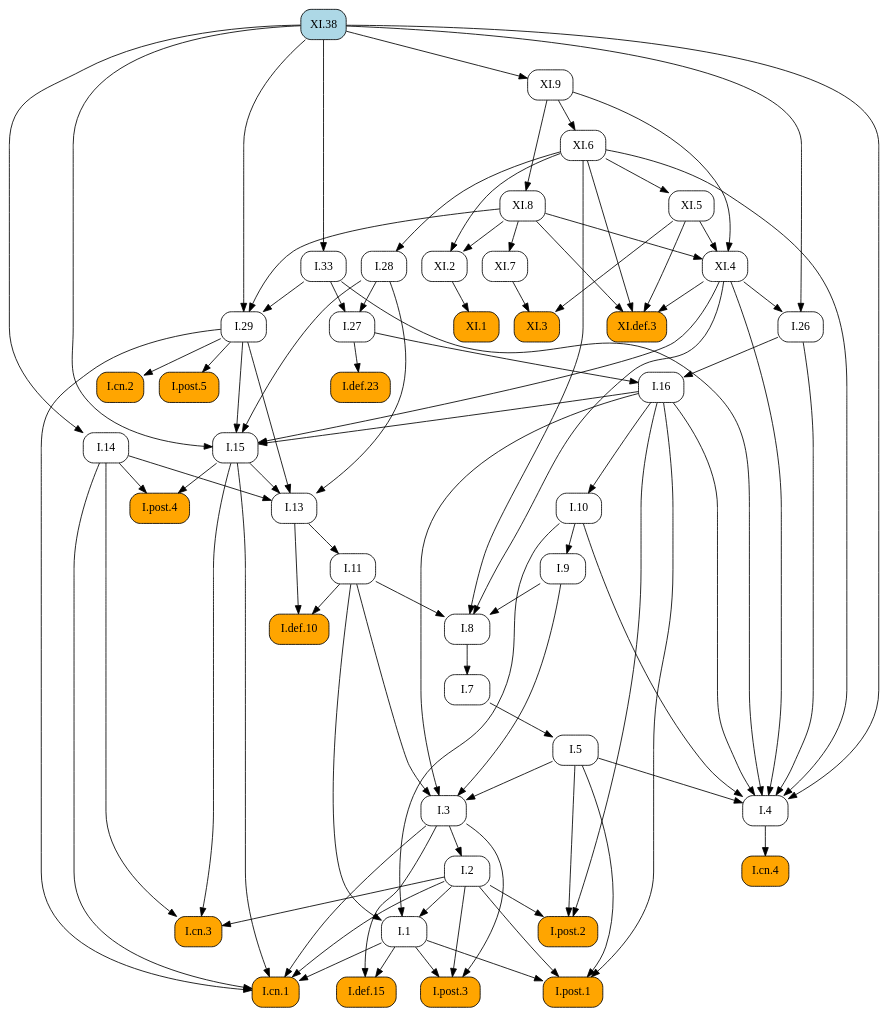
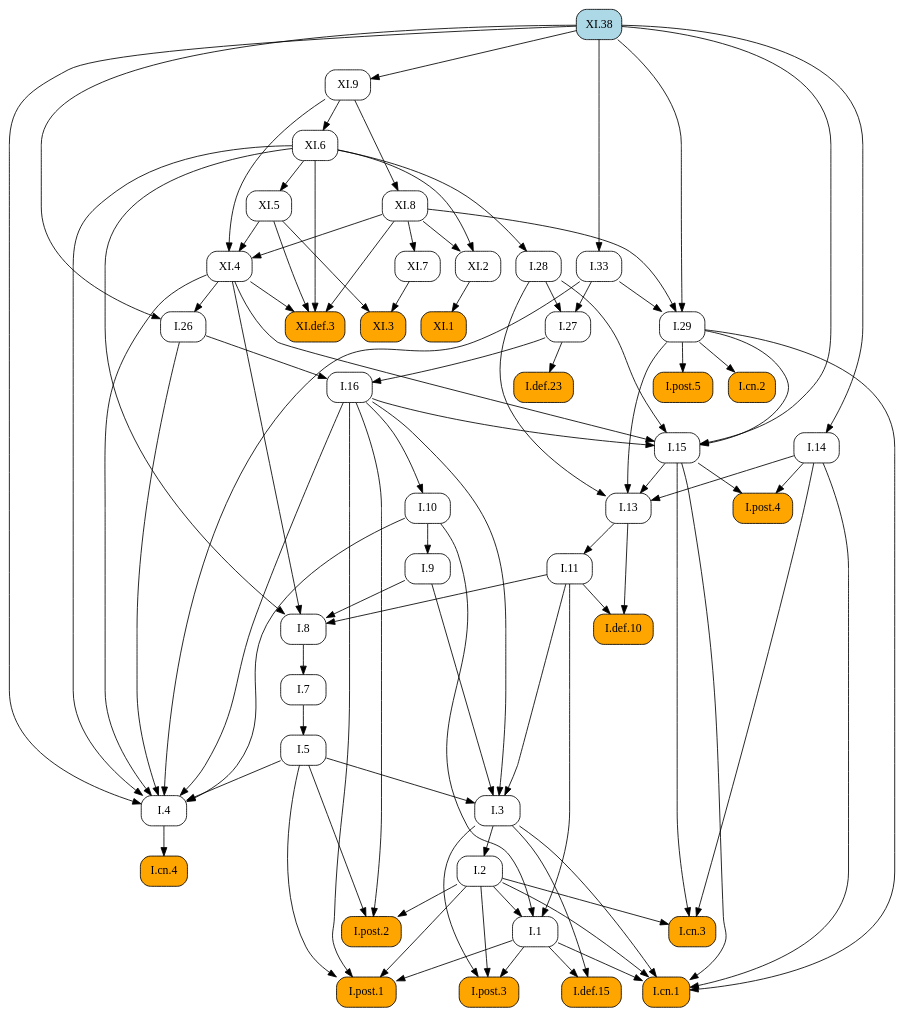
The diagram in docsrc/heath/XI/38/index.rst (geometor/elements), drawn with Graphviz before and after one commit. The commit also changed other lines of this file and 484 other files, not shown here.

```diff
--- a/docsrc/heath/XI/38/index.rst
+++ b/docsrc/heath/XI/38/index.rst
@@ -51,102 +51,96 @@
    digraph {
      rankdir="TB";
      node [shape=box, style=rounded];
+     "I.9" [URL="/heath/I/9/", target="_top"];
+     "I.33" [URL="/heath/I/33/", target="_top"];
+     "XI.4" [URL="/heath/XI/4/", target="_top"];
+     "I.def.15" [style="rounded,filled", fillcolor=orange, URL="/heath/I/def.15/", target="_top"];
+     "XI.8" [URL="/heath/XI/8/", target="_top"];
+     "XI.6" [URL="/heath/XI/6/", target="_top"];
+     "I.post.3" [style="rounded,filled", fillcolor=orange, URL="/heath/I/post.3/", target="_top"];
+     "I.post.1" [style="rounded,filled", fillcolor=orange, URL="/heath/I/post.1/", target="_top"];
+     "XI.3" [style="rounded,filled", fillcolor=orange, URL="/heath/XI/3/", target="_top"];
      "I.def.10" [style="rounded,filled", fillcolor=orange, URL="/heath/I/def.10/", target="_top"];
+     "XI.def.3" [style="rounded,filled", fillcolor=orange, URL="/heath/XI/def.3/", target="_top"];
+     "I.27" [URL="/heath/I/27/", target="_top"];
+     "I.14" [URL="/heath/I/14/", target="_top"];
+     "XI.2" [URL="/heath/XI/2/", target="_top"];
+     "XI.7" [URL="/heath/XI/7/", target="_top"];
+     "I.3" [URL="/heath/I/3/", target="_top"];
+     "XI.38" [style="rounded,filled", fillcolor=lightblue, URL="/heath/XI/38/", target="_top"];
+     "I.cn.1" [style="rounded,filled", fillcolor=orange, URL="/heath/I/cn.1/", target="_top"];
+     "I.7" [URL="/heath/I/7/", target="_top"];
+     "I.2" [URL="/heath/I/2/", target="_top"];
+     "I.13" [URL="/heath/I/13/", target="_top"];
+     "I.post.4" [style="rounded,filled", fillcolor=orange, URL="/heath/I/post.4/", target="_top"];
+     "I.4" [URL="/heath/I/4/", target="_top"];
+     "I.1" [URL="/heath/I/1/", target="_top"];
+     "I.5" [URL="/heath/I/5/", target="_top"];
+     "I.8" [URL="/heath/I/8/", target="_top"];
+     "I.cn.3" [style="rounded,filled", fillcolor=orange, URL="/heath/I/cn.3/", target="_top"];
+     "I.29" [URL="/heath/I/29/", target="_top"];
+     "XI.5" [URL="/heath/XI/5/", target="_top"];
+     "I.16" [URL="/heath/I/16/", target="_top"];
+     "I.15" [URL="/heath/I/15/", target="_top"];
+     "I.10" [URL="/heath/I/10/", target="_top"];
      "I.11" [URL="/heath/I/11/", target="_top"];
-     "I.post.4" [style="rounded,filled", fillcolor=orange, URL="/heath/I/post.4/", target="_top"];
-     "XI.def.3" [style="rounded,filled", fillcolor=orange, URL="/heath/XI/def.3/", target="_top"];
+     "I.def.23" [style="rounded,filled", fillcolor=orange, URL="/heath/I/def.23/", target="_top"];
+     "XI.9" [URL="/heath/XI/9/", target="_top"];
+     "I.cn.2" [style="rounded,filled", fillcolor=orange, URL="/heath/I/cn.2/", target="_top"];
+     "I.post.5" [style="rounded,filled", fillcolor=orange, URL="/heath/I/post.5/", target="_top"];
      "I.28" [URL="/heath/I/28/", target="_top"];
-     "I.1" [URL="/heath/I/1/", target="_top"];
+     "I.cn.4" [style="rounded,filled", fillcolor=orange, URL="/heath/I/cn.4/", target="_top"];
+     "XI.1" [style="rounded,filled", fillcolor=orange, URL="/heath/XI/1/", target="_top"];
+     "I.post.2" [style="rounded,filled", fillcolor=orange, URL="/heath/I/post.2/", target="_top"];
      "I.26" [URL="/heath/I/26/", target="_top"];
-     "XI.7" [URL="/heath/XI/7/", target="_top"];
-     "I.29" [URL="/heath/I/29/", target="_top"];
-     "I.cn.2" [style="rounded,filled", fillcolor=orange, URL="/heath/I/cn.2/", target="_top"];
-     "XI.9" [URL="/heath/XI/9/", target="_top"];
-     "XI.8" [URL="/heath/XI/8/", target="_top"];
-     "I.def.15" [style="rounded,filled", fillcolor=orange, URL="/heath/I/def.15/", target="_top"];
-     "I.post.3" [style="rounded,filled", fillcolor=orange, URL="/heath/I/post.3/", target="_top"];
-     "XI.5" [URL="/heath/XI/5/", target="_top"];
-     "XI.1" [style="rounded,filled", fillcolor=orange, URL="/heath/XI/1/", target="_top"];
-     "I.cn.1" [style="rounded,filled", fillcolor=orange, URL="/heath/I/cn.1/", target="_top"];
-     "I.cn.3" [style="rounded,filled", fillcolor=orange, URL="/heath/I/cn.3/", target="_top"];
-     "XI.2" [URL="/heath/XI/2/", target="_top"];
-     "I.14" [URL="/heath/I/14/", target="_top"];
-     "I.post.1" [style="rounded,filled", fillcolor=orange, URL="/heath/I/post.1/", target="_top"];
-     "XI.38" [style="rounded,filled", fillcolor=lightblue, URL="/heath/XI/38/", target="_top"];
-     "XI.6" [URL="/heath/XI/6/", target="_top"];
-     "I.27" [URL="/heath/I/27/", target="_top"];
-     "I.7" [URL="/heath/I/7/", target="_top"];
-     "I.3" [URL="/heath/I/3/", target="_top"];
-     "I.2" [URL="/heath/I/2/", target="_top"];
-     "I.4" [URL="/heath/I/4/", target="_top"];
-     "I.def.23" [style="rounded,filled", fillcolor=orange, URL="/heath/I/def.23/", target="_top"];
-     "I.13" [URL="/heath/I/13/", target="_top"];
-     "I.33" [URL="/heath/I/33/", target="_top"];
-     "I.post.2" [style="rounded,filled", fillcolor=orange, URL="/heath/I/post.2/", target="_top"];
-     "I.16" [URL="/heath/I/16/", target="_top"];
-     "I.9" [URL="/heath/I/9/", target="_top"];
-     "I.8" [URL="/heath/I/8/", target="_top"];
-     "I.cn.4" [style="rounded,filled", fillcolor=orange, URL="/heath/I/cn.4/", target="_top"];
-     "I.15" [URL="/heath/I/15/", target="_top"];
-     "XI.4" [URL="/heath/XI/4/", target="_top"];
-     "I.post.5" [style="rounded,filled", fillcolor=orange, URL="/heath/I/post.5/", target="_top"];
-     "I.10" [URL="/heath/I/10/", target="_top"];
-     "I.5" [URL="/heath/I/5/", target="_top"];
-     "XI.3" [style="rounded,filled", fillcolor=orange, URL="/heath/XI/3/", target="_top"];
+     "I.10" -> "I.9";
+     "XI.38" -> "I.33";
+     "XI.5" -> "XI.4";
+     "XI.8" -> "XI.4";
+     "XI.9" -> "XI.4";
+     "I.1" -> "I.def.15";
+     "I.3" -> "I.def.15";
+     "XI.9" -> "XI.8";
+     "XI.9" -> "XI.6";
+     "I.1" -> "I.post.3";
+     "I.2" -> "I.post.3";
+     "I.3" -> "I.post.3";
+     "I.1" -> "I.post.1";
+     "I.2" -> "I.post.1";
+     "I.5" -> "I.post.1";
+     "I.16" -> "I.post.1";
+     "XI.5" -> "XI.3";
+     "XI.7" -> "XI.3";
      "I.11" -> "I.def.10";
      "I.13" -> "I.def.10";
-     "I.13" -> "I.11";
-     "I.14" -> "I.post.4";
-     "I.15" -> "I.post.4";
      "XI.4" -> "XI.def.3";
      "XI.5" -> "XI.def.3";
      "XI.6" -> "XI.def.3";
      "XI.8" -> "XI.def.3";
-     "XI.6" -> "I.28";
-     "I.2" -> "I.1";
-     "I.10" -> "I.1";
-     "I.11" -> "I.1";
-     "XI.4" -> "I.26";
-     "XI.38" -> "I.26";
+     "I.28" -> "I.27";
+     "I.33" -> "I.27";
+     "XI.38" -> "I.14";
+     "XI.6" -> "XI.2";
+     "XI.8" -> "XI.2";
      "XI.8" -> "XI.7";
-     "I.33" -> "I.29";
-     "XI.8" -> "I.29";
-     "XI.38" -> "I.29";
-     "I.29" -> "I.cn.2";
-     "XI.38" -> "XI.9";
-     "XI.9" -> "XI.8";
-     "I.1" -> "I.def.15";
-     "I.3" -> "I.def.15";
-     "I.1" -> "I.post.3";
-     "I.2" -> "I.post.3";
-     "I.3" -> "I.post.3";
-     "XI.6" -> "XI.5";
-     "XI.2" -> "XI.1";
+     "I.5" -> "I.3";
+     "I.9" -> "I.3";
+     "I.11" -> "I.3";
+     "I.16" -> "I.3";
      "I.1" -> "I.cn.1";
      "I.2" -> "I.cn.1";
      "I.3" -> "I.cn.1";
      "I.14" -> "I.cn.1";
      "I.15" -> "I.cn.1";
      "I.29" -> "I.cn.1";
-     "I.2" -> "I.cn.3";
-     "I.14" -> "I.cn.3";
-     "I.15" -> "I.cn.3";
-     "XI.6" -> "XI.2";
-     "XI.8" -> "XI.2";
-     "XI.38" -> "I.14";
-     "I.1" -> "I.post.1";
-     "I.2" -> "I.post.1";
-     "I.5" -> "I.post.1";
-     "I.16" -> "I.post.1";
-     "XI.9" -> "XI.6";
-     "I.28" -> "I.27";
-     "I.33" -> "I.27";
      "I.8" -> "I.7";
-     "I.5" -> "I.3";
-     "I.9" -> "I.3";
-     "I.11" -> "I.3";
-     "I.16" -> "I.3";
      "I.3" -> "I.2";
+     "I.14" -> "I.13";
+     "I.15" -> "I.13";
+     "I.28" -> "I.13";
+     "I.29" -> "I.13";
+     "I.14" -> "I.post.4";
+     "I.15" -> "I.post.4";
      "I.5" -> "I.4";
      "I.10" -> "I.4";
      "I.16" -> "I.4";
@@ -155,34 +149,40 @@
      "XI.4" -> "I.4";
      "XI.6" -> "I.4";
      "XI.38" -> "I.4";
-     "I.27" -> "I.def.23";
-     "I.14" -> "I.13";
-     "I.15" -> "I.13";
-     "I.28" -> "I.13";
-     "I.29" -> "I.13";
-     "XI.38" -> "I.33";
-     "I.2" -> "I.post.2";
-     "I.5" -> "I.post.2";
-     "I.16" -> "I.post.2";
-     "I.26" -> "I.16";
-     "I.27" -> "I.16";
-     "I.10" -> "I.9";
+     "I.2" -> "I.1";
+     "I.10" -> "I.1";
+     "I.11" -> "I.1";
+     "I.7" -> "I.5";
      "I.9" -> "I.8";
      "I.11" -> "I.8";
      "XI.4" -> "I.8";
      "XI.6" -> "I.8";
-     "I.4" -> "I.cn.4";
+     "I.2" -> "I.cn.3";
+     "I.14" -> "I.cn.3";
+     "I.15" -> "I.cn.3";
+     "I.33" -> "I.29";
+     "XI.8" -> "I.29";
+     "XI.38" -> "I.29";
+     "XI.6" -> "XI.5";
+     "I.26" -> "I.16";
+     "I.27" -> "I.16";
      "I.16" -> "I.15";
      "I.28" -> "I.15";
      "I.29" -> "I.15";
      "XI.4" -> "I.15";
      "XI.38" -> "I.15";
-     "XI.5" -> "XI.4";
-     "XI.8" -> "XI.4";
-     "XI.9" -> "XI.4";
+     "I.16" -> "I.10";
+     "I.13" -> "I.11";
+     "I.27" -> "I.def.23";
+     "XI.38" -> "XI.9";
+     "I.29" -> "I.cn.2";
      "I.29" -> "I.post.5";
-     "I.16" -> "I.10";
-     "I.7" -> "I.5";
-     "XI.5" -> "XI.3";
-     "XI.7" -> "XI.3";
+     "XI.6" -> "I.28";
+     "I.4" -> "I.cn.4";
+     "XI.2" -> "XI.1";
+     "I.2" -> "I.post.2";
+     "I.5" -> "I.post.2";
+     "I.16" -> "I.post.2";
+     "XI.4" -> "I.26";
+     "XI.38" -> "I.26";
    }
```
